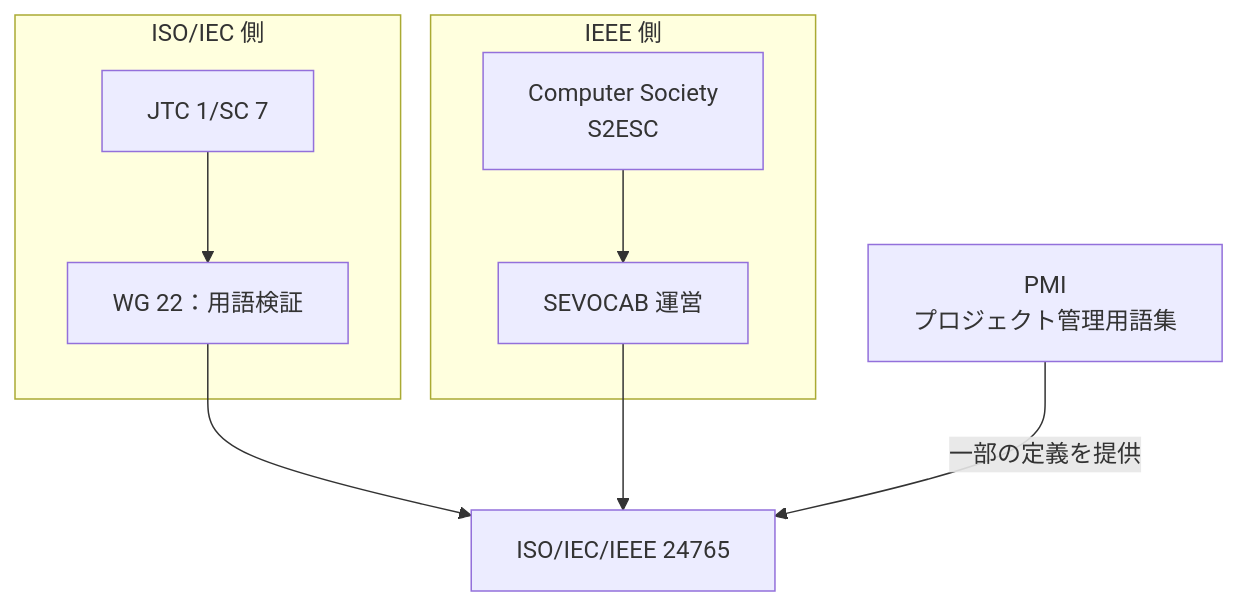
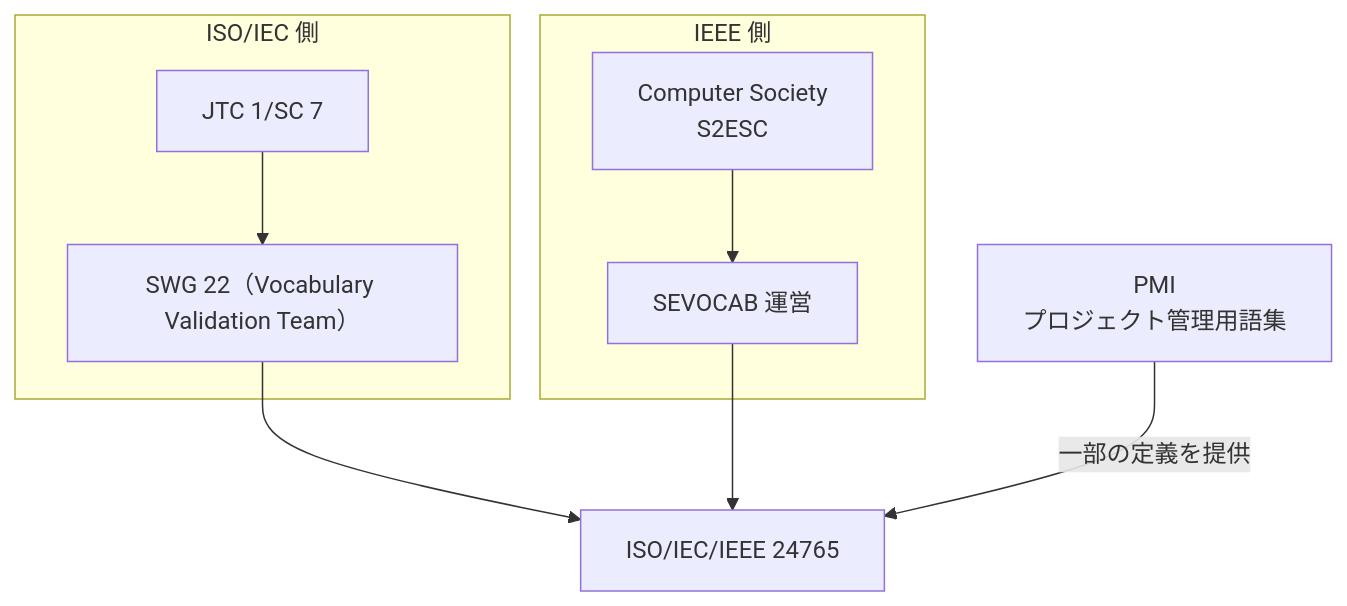
One commit to myoshi2891/Quality-Assurance-Studies changed the third of 13 diagrams in Iso-iec-ieee-24765-2017-guide.md. Above: the diagram before and after it, drawn with Mermaid. The commit also changed other lines of this file, not shown here.

Commit message:
docs(iso-24765): ISO/IEC JTC 1/SC 7の用語検証担当組織をSWG 22表記に修正

````diff
--- a/Iso-iec-ieee-24765-2017-guide.md
+++ b/Iso-iec-ieee-24765-2017-guide.md
@@ -117,17 +117,17 @@
 ```mermaid
 flowchart TB
     subgraph ISO["ISO/IEC 側"]
         SC7["JTC 1/SC 7"]
-        WG22["WG 22：用語検証"]
+        WG22["SWG 22（Vocabulary Validation Team）"]
     end
     subgraph IEEE["IEEE 側"]
         CS["Computer Society<br/>S2ESC"]
         DB["SEVOCAB 運営"]
     end
     PMI["PMI<br/>プロジェクト管理用語集"]
     SC7 --> WG22
     WG22 --> STD["ISO/IEC/IEEE 24765"]
     CS --> DB
     DB --> STD
     PMI -->|"一部の定義を提供"| STD
 ```
````
